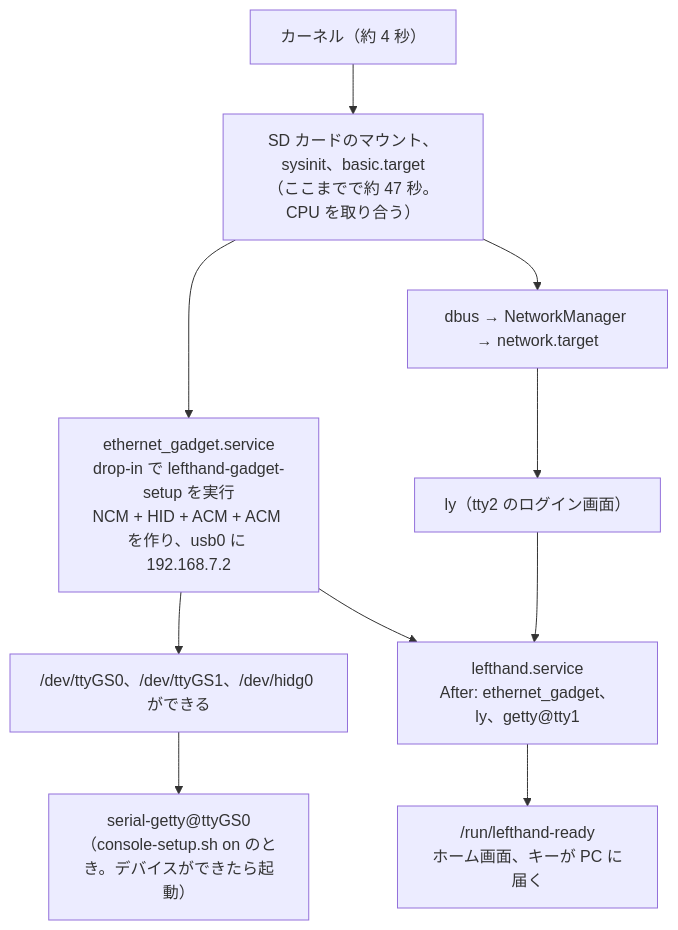
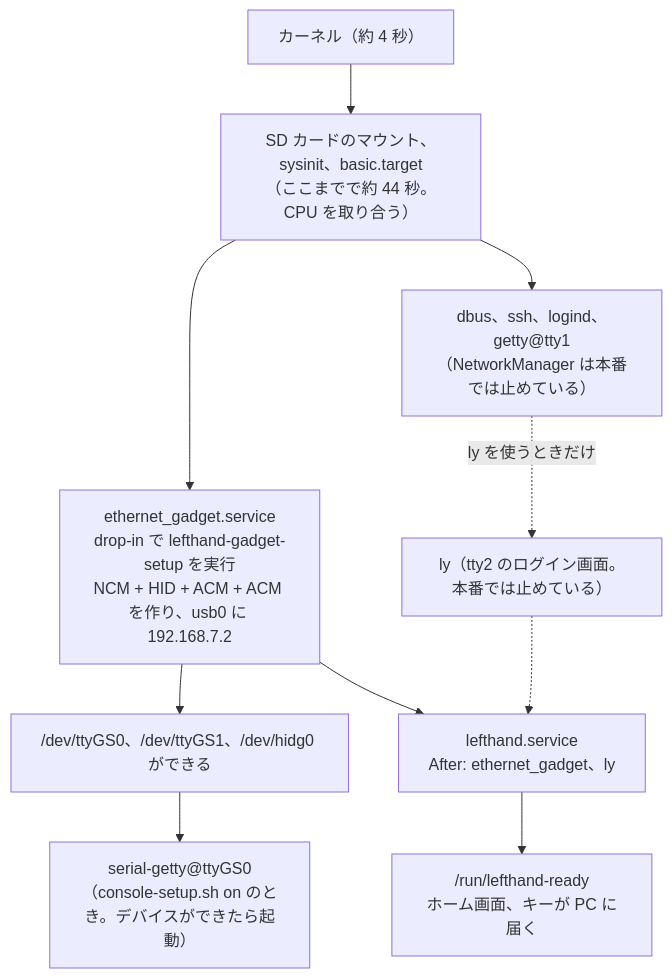
The first of 2 diagrams in docs/architecture/12-boot.md (EndoHizumi/brain-deck), drawn with Mermaid before and after one commit. The commit also changed other lines of this file and 3 other files, not shown here.

Commit message:
文書：仕組みの資料の起動の流れ（12）、自分で足すアプリ（9）、限界と決めること（16）、ソースの地図（14）を、本番に入れた K4・K5 と起動の段階 1〜3 に合わせる

````diff
--- a/docs/architecture/12-boot.md
+++ b/docs/architecture/12-boot.md
@@ -9,12 +9,12 @@
 ```mermaid
 flowchart TD
-  K["カーネル（約 4 秒）"] --> FS["SD カードのマウント、sysinit、basic.target<br/>（ここまでで約 47 秒。CPU を取り合う）"]
+  K["カーネル（約 4 秒）"] --> FS["SD カードのマウント、sysinit、basic.target<br/>（ここまでで約 44 秒。CPU を取り合う）"]
   FS --> EG["ethernet_gadget.service<br/>drop-in で lefthand-gadget-setup を実行<br/>NCM + HID + ACM + ACM を作り、usb0 に 192.168.7.2"]
-  FS --> DBUS["dbus → NetworkManager → network.target"]
-  DBUS --> LY["ly（tty2 のログイン画面）"]
+  FS --> DBUS["dbus、ssh、logind、getty@tty1<br/>（NetworkManager は本番では止めている）"]
+  DBUS -. "ly を使うときだけ" .-> LY["ly（tty2 のログイン画面。本番では止めている）"]
   EG --> TTY["/dev/ttyGS0、/dev/ttyGS1、/dev/hidg0 ができる"]
   TTY --> SG["serial-getty@ttyGS0<br/>（console-setup.sh on のとき。デバイスができたら起動）"]
-  LY --> LH["lefthand.service<br/>After: ethernet_gadget、ly、getty@tty1"]
+  LY -.-> LH["lefthand.service<br/>After: ethernet_gadget、ly"]
   EG --> LH
   LH --> READY["/run/lefthand-ready<br/>ホーム画面、キーが PC に届く"]
 ```
````
